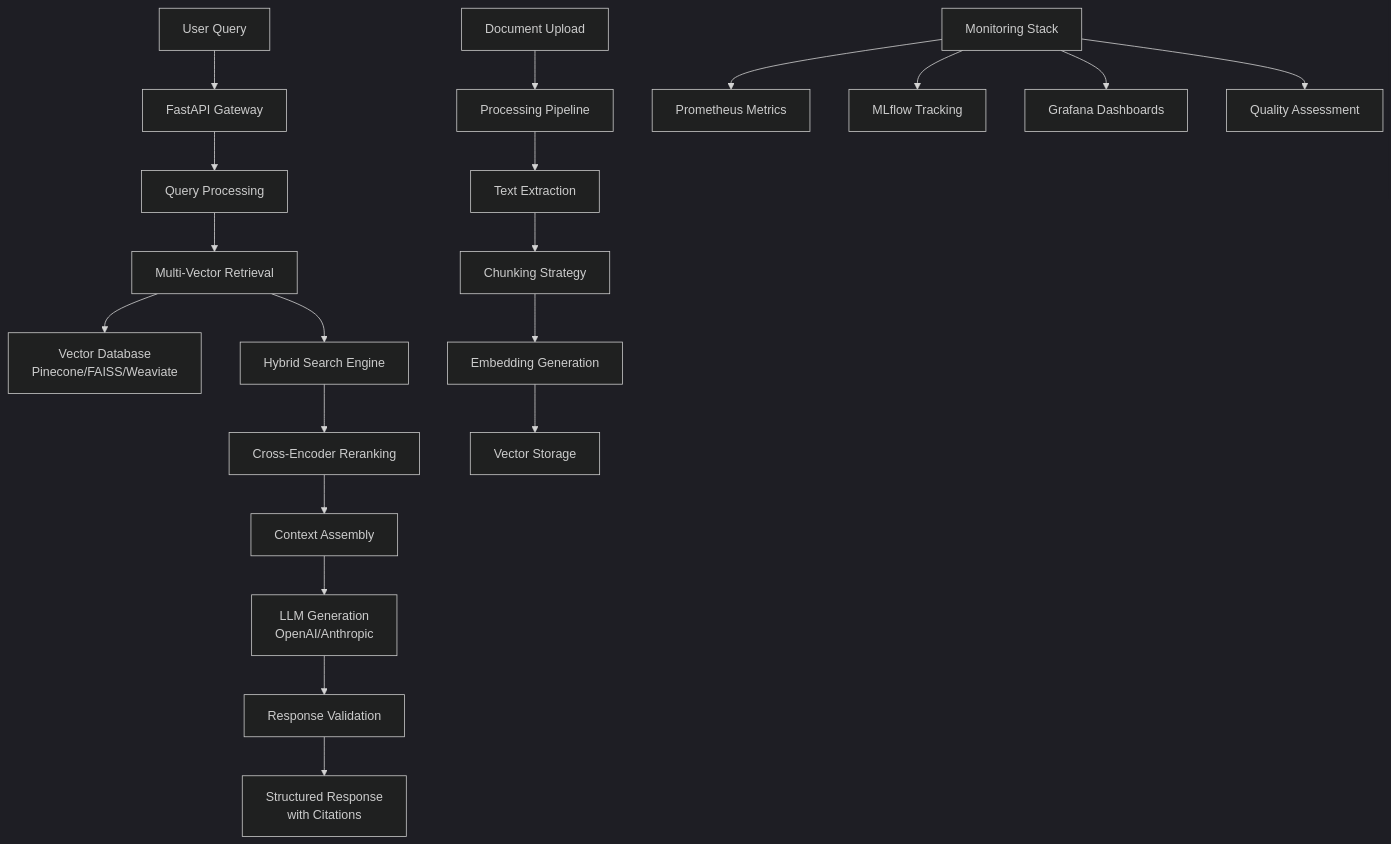
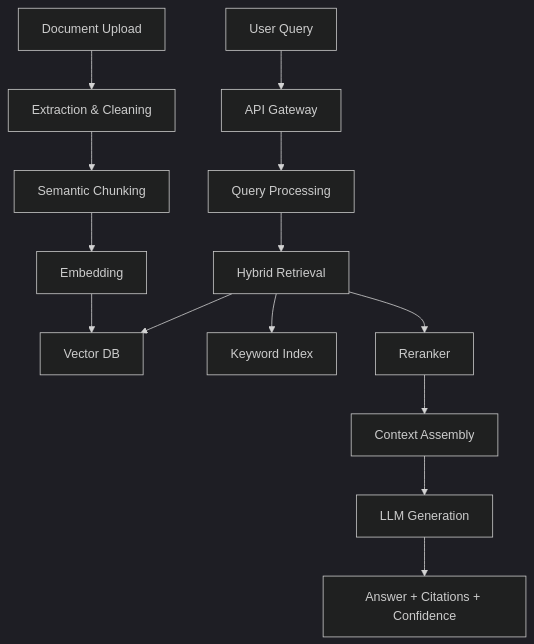
Before and after one commit to AmaldevJkumar/IntelliRAG-Adaptive-Knowledge-Assistant: the diagram in README.md, drawn with Mermaid (dark theme). The commit also changed other lines of this file, not shown here.

````diff
--- a/README.md
+++ b/README.md
@@ -45,24 +63,17 @@
 ```mermaid
 graph TB
-    A[User Query] --> B[FastAPI Gateway]
-    B --> C[Query Processing]
-    C --> D[Multi-Vector Retrieval]
-    D --> E[Vector Database<br/>Pinecone/FAISS/Weaviate]
-    D --> F[Hybrid Search Engine]
-    F --> G[Cross-Encoder Reranking]
-    G --> H[Context Assembly]
-    H --> I[LLM Generation<br/>OpenAI/Anthropic]
-    I --> J[Response Validation]
-    J --> K[Structured Response<br/>with Citations]
-    
-    L[Document Upload] --> M[Processing Pipeline]
-    M --> N[Text Extraction]
-    N --> O[Chunking Strategy]
-    O --> P[Embedding Generation]
-    P --> Q[Vector Storage]
-    
-    R[Monitoring Stack] --> S[Prometheus Metrics]
-    R --> T[MLflow Tracking]
-    R --> U[Grafana Dashboards]
-    R --> V[Quality Assessment]
+  A[User Query] --> B[API Gateway]
+  B --> C[Query Processing]
+  C --> D[Hybrid Retrieval]
+  D --> E[Vector DB]
+  D --> F[Keyword Index]
+  D --> G[Reranker]
+  G --> H[Context Assembly]
+  H --> I[LLM Generation]
+  I --> J[Answer + Citations + Confidence]
+
+  K[Document Upload] --> L[Extraction & Cleaning]
+  L --> M[Semantic Chunking]
+  M --> N[Embedding]
+  N --> E
 ```
````
